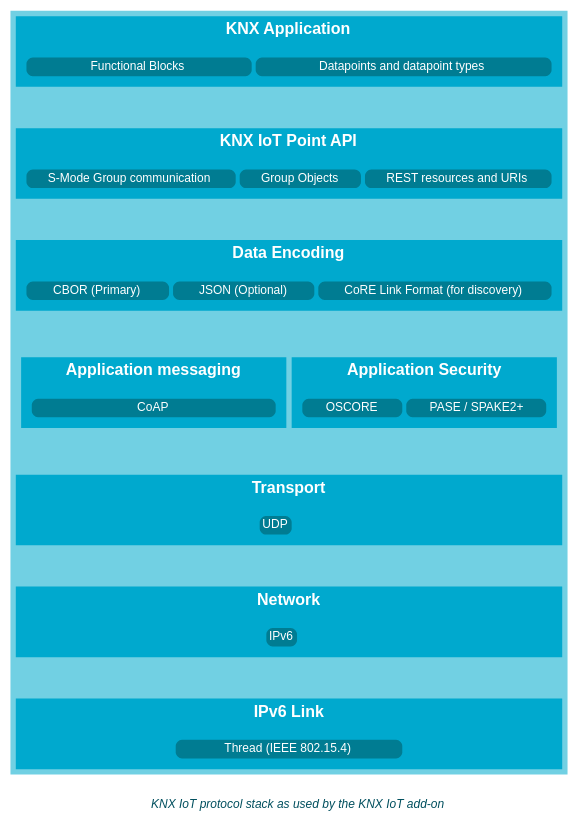
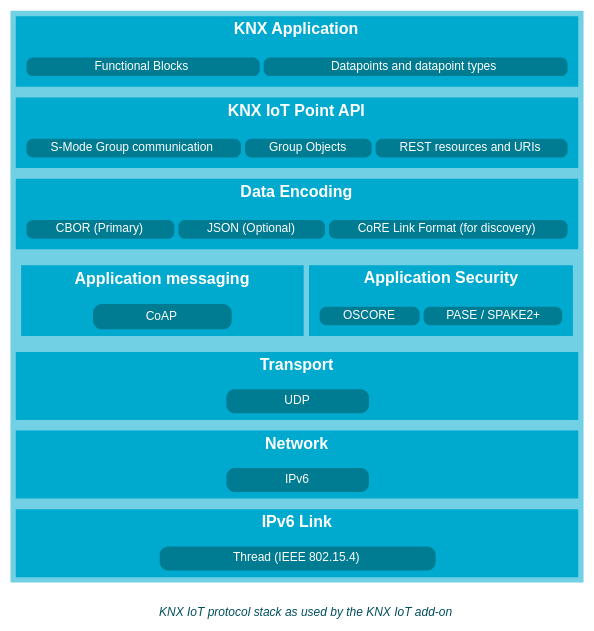
One commit to Adam-Maciuga/ncs-knx-iot changed the diagram in docs/knx-iot/overview/images/knx_iot_protocol_stack.dot. Above: the diagram before and after it, drawn with Graphviz. The commit also changed 5 other files, not shown here.

First line of the commit message:
docs: graphics: improved the graphics

```diff
--- a/docs/knx-iot/overview/images/knx_iot_protocol_stack.dot
+++ b/docs/knx-iot/overview/images/knx_iot_protocol_stack.dot
@@ -1,155 +1,157 @@
 digraph knx_iot_protocol_stack {
     graph [
         layout=dot,
         bgcolor="transparent",
         margin=0,
         pad=0.05
     ];
 
     node [shape=plaintext, fontname="Arial"];
 
     stack [
         label=<
             <TABLE BORDER="0" CELLBORDER="0" CELLSPACING="0" CELLPADDING="0" ALIGN="CENTER">
                 <TR><TD>
             <TABLE BORDER="0" CELLBORDER="0" CELLSPACING="0" CELLPADDING="4" BGCOLOR="#71D0E3" ALIGN="CENTER">
                 <TR><TD ALIGN="CENTER">
                     <TABLE BORDER="0" CELLBORDER="0" CELLSPACING="0" CELLPADDING="5" BGCOLOR="#00A9CE" WIDTH="400">
-                        <TR><TD ALIGN="CENTER" FIXEDSIZE="TRUE" WIDTH="400"><FONT COLOR="white" POINT-SIZE="12"><B>KNX Application</B></FONT></TD></TR>
+                        <TR><TD ALIGN="CENTER" WIDTH="400"><FONT COLOR="white" POINT-SIZE="12"><B>KNX Application</B></FONT></TD></TR>
                         <TR><TD ALIGN="CENTER">
                             <TABLE BORDER="0" CELLSPACING="3" CELLPADDING="2">
                                 <TR>
                                     <TD BGCOLOR="#007C92" STYLE="rounded"><FONT COLOR="white" POINT-SIZE="9">Functional Blocks</FONT></TD>
                                     <TD BGCOLOR="#007C92" STYLE="rounded"><FONT COLOR="white" POINT-SIZE="9">Datapoints and datapoint types</FONT></TD>
                                 </TR>
                             </TABLE>
                         </TD></TR>
                     </TABLE>
                 </TD></TR>
-                <TR><TD HEIGHT="2"> </TD></TR>
                 <TR><TD ALIGN="CENTER">
                     <TABLE BORDER="0" CELLBORDER="0" CELLSPACING="0" CELLPADDING="5" BGCOLOR="#00A9CE" WIDTH="400">
-                        <TR><TD ALIGN="CENTER" FIXEDSIZE="TRUE" WIDTH="400"><FONT COLOR="white" POINT-SIZE="12"><B>KNX IoT Point API</B></FONT></TD></TR>
+                        <TR><TD ALIGN="CENTER" WIDTH="400"><FONT COLOR="white" POINT-SIZE="12"><B>KNX IoT Point API</B></FONT></TD></TR>
                         <TR><TD ALIGN="CENTER">
                             <TABLE BORDER="0" CELLSPACING="3" CELLPADDING="2">
                                 <TR>
                                     <TD BGCOLOR="#007C92" STYLE="rounded"><FONT COLOR="white" POINT-SIZE="9">S-Mode Group communication</FONT></TD>
                                     <TD BGCOLOR="#007C92" STYLE="rounded"><FONT COLOR="white" POINT-SIZE="9">Group Objects</FONT></TD>
                                     <TD BGCOLOR="#007C92" STYLE="rounded"><FONT COLOR="white" POINT-SIZE="9">REST resources and URIs</FONT></TD>
                                 </TR>
                             </TABLE>
                         </TD></TR>
                     </TABLE>
                 </TD></TR>
-                <TR><TD HEIGHT="2"> </TD></TR>
                 <TR><TD ALIGN="CENTER">
                     <TABLE BORDER="0" CELLBORDER="0" CELLSPACING="0" CELLPADDING="5" BGCOLOR="#00A9CE" WIDTH="400">
-                        <TR><TD ALIGN="CENTER" FIXEDSIZE="TRUE" WIDTH="400"><FONT COLOR="white" POINT-SIZE="12"><B>Data Encoding</B></FONT></TD></TR>
+                        <TR><TD ALIGN="CENTER" WIDTH="400"><FONT COLOR="white" POINT-SIZE="12"><B>Data Encoding</B></FONT></TD></TR>
                         <TR><TD ALIGN="CENTER">
                             <TABLE BORDER="0" CELLSPACING="3" CELLPADDING="2">
                                 <TR>
                                     <TD BGCOLOR="#007C92" STYLE="rounded"><FONT COLOR="white" POINT-SIZE="9">CBOR (Primary)</FONT></TD>
                                     <TD BGCOLOR="#007C92" STYLE="rounded"><FONT COLOR="white" POINT-SIZE="9">JSON (Optional)</FONT></TD>
                                     <TD BGCOLOR="#007C92" STYLE="rounded"><FONT COLOR="white" POINT-SIZE="9">CoRE Link Format (for discovery)</FONT></TD>
                                 </TR>
                             </TABLE>
                         </TD></TR>
                     </TABLE>
                 </TD></TR>
-                <TR><TD HEIGHT="2"> </TD></TR>
                 <TR><TD ALIGN="CENTER">
                     <TABLE BORDER="0" CELLBORDER="0" CELLSPACING="4" CELLPADDING="0" WIDTH="400">
                         <TR>
                             <TD WIDTH="198" ALIGN="CENTER">
                                 <TABLE BORDER="0" CELLBORDER="0" CELLSPACING="0" CELLPADDING="5" BGCOLOR="#00A9CE" WIDTH="198">
-                                    <TR><TD ALIGN="CENTER" FIXEDSIZE="TRUE" WIDTH="198"><FONT COLOR="white" POINT-SIZE="12"><B>Application messaging</B></FONT></TD></TR>
+                                    <TR><TD ALIGN="CENTER" WIDTH="198"><FONT COLOR="white" POINT-SIZE="12"><B>Application messaging</B></FONT></TD></TR>
                                     <TR><TD ALIGN="CENTER">
-                                        <TABLE BORDER="0" CELLSPACING="3" CELLPADDING="2">
-                                            <TR><TD BGCOLOR="#007C92" STYLE="rounded"><FONT COLOR="white" POINT-SIZE="9">CoAP</FONT></TD></TR>
+                                        <TABLE BORDER="0" WIDTH="198" CELLSPACING="0" CELLPADDING="0">
+                                            <TR>
+                                                <TD WIDTH="49" HEIGHT="1" FIXEDSIZE="TRUE"></TD>
+                                                <TD WIDTH="100" ALIGN="CENTER">
+                                                    <TABLE BORDER="0" BGCOLOR="#007C92" STYLE="rounded" CELLPADDING="2" WIDTH="100">
+                                                        <TR><TD ALIGN="CENTER" WIDTH="100"><FONT COLOR="white" POINT-SIZE="9">CoAP</FONT></TD></TR>
+                                                    </TABLE>
+                                                </TD>
+                                                <TD WIDTH="49" HEIGHT="1" FIXEDSIZE="TRUE"></TD>
+                                            </TR>
                                         </TABLE>
                                     </TD></TR>
                                 </TABLE>
                             </TD>
                             <TD WIDTH="198" ALIGN="CENTER">
                                 <TABLE BORDER="0" CELLBORDER="0" CELLSPACING="0" CELLPADDING="5" BGCOLOR="#00A9CE" WIDTH="198">
-                                    <TR><TD ALIGN="CENTER" FIXEDSIZE="TRUE" WIDTH="198"><FONT COLOR="white" POINT-SIZE="12"><B>Application Security</B></FONT></TD></TR>
+                                    <TR><TD ALIGN="CENTER" WIDTH="198"><FONT COLOR="white" POINT-SIZE="12"><B>Application Security</B></FONT></TD></TR>
                                     <TR><TD ALIGN="CENTER">
                                         <TABLE BORDER="0" CELLSPACING="3" CELLPADDING="2">
                                             <TR>
                                                 <TD BGCOLOR="#007C92" STYLE="rounded"><FONT COLOR="white" POINT-SIZE="9">OSCORE</FONT></TD>
                                                 <TD BGCOLOR="#007C92" STYLE="rounded"><FONT COLOR="white" POINT-SIZE="9">PASE / SPAKE2+</FONT></TD>
                                             </TR>
                                         </TABLE>
                                     </TD></TR>
                                 </TABLE>
                             </TD>
                         </TR>
                     </TABLE>
                 </TD></TR>
-                <TR><TD HEIGHT="2"> </TD></TR>
                 <TR><TD ALIGN="CENTER">
                     <TABLE BORDER="0" CELLBORDER="0" CELLSPACING="0" CELLPADDING="5" BGCOLOR="#00A9CE" WIDTH="400">
-                        <TR><TD ALIGN="CENTER" FIXEDSIZE="TRUE" WIDTH="400"><FONT COLOR="white" POINT-SIZE="12"><B>Transport</B></FONT></TD></TR>
+                        <TR><TD ALIGN="CENTER" WIDTH="400"><FONT COLOR="white" POINT-SIZE="12"><B>Transport</B></FONT></TD></TR>
                         <TR><TD ALIGN="CENTER">
                             <TABLE BORDER="0" WIDTH="400" CELLSPACING="0" CELLPADDING="0">
                                 <TR>
-                                    <TD WIDTH="175" HEIGHT="1" FIXEDSIZE="TRUE"><FONT>&#160;</FONT></TD>
-                                    <TD ALIGN="CENTER">
-                                        <TABLE BORDER="0" CELLSPACING="3" CELLPADDING="2">
-                                            <TR><TD BGCOLOR="#007C92" STYLE="rounded"><FONT COLOR="white" POINT-SIZE="9">UDP</FONT></TD></TR>
+                                    <TD WIDTH="150" HEIGHT="1" FIXEDSIZE="TRUE"></TD>
+                                    <TD WIDTH="100" ALIGN="CENTER">
+                                        <TABLE BORDER="0" BGCOLOR="#007C92" STYLE="rounded" CELLPADDING="2" WIDTH="100">
+                                            <TR><TD ALIGN="CENTER" WIDTH="100"><FONT COLOR="white" POINT-SIZE="9">UDP</FONT></TD></TR>
                                         </TABLE>
                                     </TD>
-                                    <TD WIDTH="175" HEIGHT="1" FIXEDSIZE="TRUE"><FONT>&#160;</FONT></TD>
+                                    <TD WIDTH="150" HEIGHT="1" FIXEDSIZE="TRUE"></TD>
                                 </TR>
                             </TABLE>
                         </TD></TR>
                     </TABLE>
                 </TD></TR>
-                <TR><TD HEIGHT="2"> </TD></TR>
                 <TR><TD ALIGN="CENTER">
                     <TABLE BORDER="0" CELLBORDER="0" CELLSPACING="0" CELLPADDING="5" BGCOLOR="#00A9CE" WIDTH="400">
-                        <TR><TD ALIGN="CENTER" FIXEDSIZE="TRUE" WIDTH="400"><FONT COLOR="white" POINT-SIZE="12"><B>Network</B></FONT></TD></TR>
+                        <TR><TD ALIGN="CENTER" WIDTH="400"><FONT COLOR="white" POINT-SIZE="12"><B>Network</B></FONT></TD></TR>
                         <TR><TD ALIGN="CENTER">
                             <TABLE BORDER="0" WIDTH="400" CELLSPACING="0" CELLPADDING="0">
                                 <TR>
-                                    <TD WIDTH="180" HEIGHT="1" FIXEDSIZE="TRUE"><FONT>&#160;</FONT></TD>
-                                    <TD ALIGN="CENTER">
-                                        <TABLE BORDER="0" CELLSPACING="3" CELLPADDING="2">
-                                            <TR><TD BGCOLOR="#007C92" STYLE="rounded"><FONT COLOR="white" POINT-SIZE="9">IPv6</FONT></TD></TR>
+                                    <TD WIDTH="150" HEIGHT="1" FIXEDSIZE="TRUE"></TD>
+                                    <TD WIDTH="100" ALIGN="CENTER">
+                                        <TABLE BORDER="0" BGCOLOR="#007C92" STYLE="rounded" CELLPADDING="2" WIDTH="100">
+                                            <TR><TD ALIGN="CENTER" WIDTH="100"><FONT COLOR="white" POINT-SIZE="9">IPv6</FONT></TD></TR>
                                         </TABLE>
                                     </TD>
-                                    <TD WIDTH="180" HEIGHT="1" FIXEDSIZE="TRUE"><FONT>&#160;</FONT></TD>
+                                    <TD WIDTH="150" HEIGHT="1" FIXEDSIZE="TRUE"></TD>
                                 </TR>
                             </TABLE>
                         </TD></TR>
                     </TABLE>
                 </TD></TR>
-                <TR><TD HEIGHT="2"> </TD></TR>
                 <TR><TD ALIGN="CENTER">
                     <TABLE BORDER="0" CELLBORDER="0" CELLSPACING="0" CELLPADDING="5" BGCOLOR="#00A9CE" WIDTH="400">
-                        <TR><TD ALIGN="CENTER" FIXEDSIZE="TRUE" WIDTH="400"><FONT COLOR="white" POINT-SIZE="12"><B>IPv6 Link</B></FONT></TD></TR>
+                        <TR><TD ALIGN="CENTER" WIDTH="400"><FONT COLOR="white" POINT-SIZE="12"><B>IPv6 Link</B></FONT></TD></TR>
                         <TR><TD ALIGN="CENTER">
                             <TABLE BORDER="0" WIDTH="400" CELLSPACING="0" CELLPADDING="0">
                                 <TR>
-                                    <TD WIDTH="112" HEIGHT="1" FIXEDSIZE="TRUE"><FONT>&#160;</FONT></TD>
-                                    <TD WIDTH="176" ALIGN="CENTER" FIXEDSIZE="TRUE">
-                                        <TABLE BORDER="0" CELLSPACING="3" CELLPADDING="2">
-                                            <TR><TD BGCOLOR="#007C92" STYLE="rounded"><FONT COLOR="white" POINT-SIZE="9">Thread (IEEE 802.15.4)</FONT></TD></TR>
+                                    <TD WIDTH="100" HEIGHT="1" FIXEDSIZE="TRUE"></TD>
+                                    <TD WIDTH="200" ALIGN="CENTER">
+                                        <TABLE BORDER="0" BGCOLOR="#007C92" STYLE="rounded" CELLPADDING="2" WIDTH="200">
+                                            <TR><TD ALIGN="CENTER" WIDTH="200"><FONT COLOR="white" POINT-SIZE="9">Thread (IEEE 802.15.4)</FONT></TD></TR>
                                         </TABLE>
                                     </TD>
-                                    <TD WIDTH="112" HEIGHT="1" FIXEDSIZE="TRUE"><FONT>&#160;</FONT></TD>
+                                    <TD WIDTH="100" HEIGHT="1" FIXEDSIZE="TRUE"></TD>
                                 </TR>
                             </TABLE>
                         </TD></TR>
                     </TABLE>
                 </TD></TR>
             </TABLE>
                 </TD></TR>
                 <TR><TD HEIGHT="8"> </TD></TR>
                 <TR><TD ALIGN="CENTER">
                     <FONT POINT-SIZE="9" COLOR="#004F5E"><I>KNX IoT protocol stack as used by the KNX IoT add-on</I></FONT>
                 </TD></TR>
             </TABLE>
         >
     ];
 }
```
